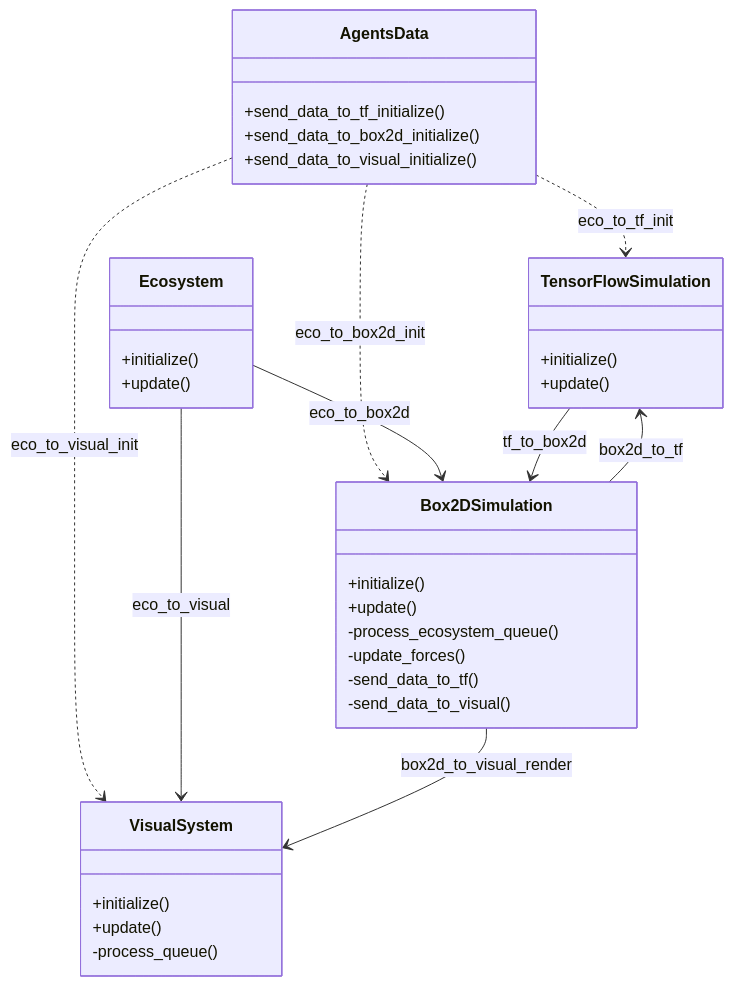
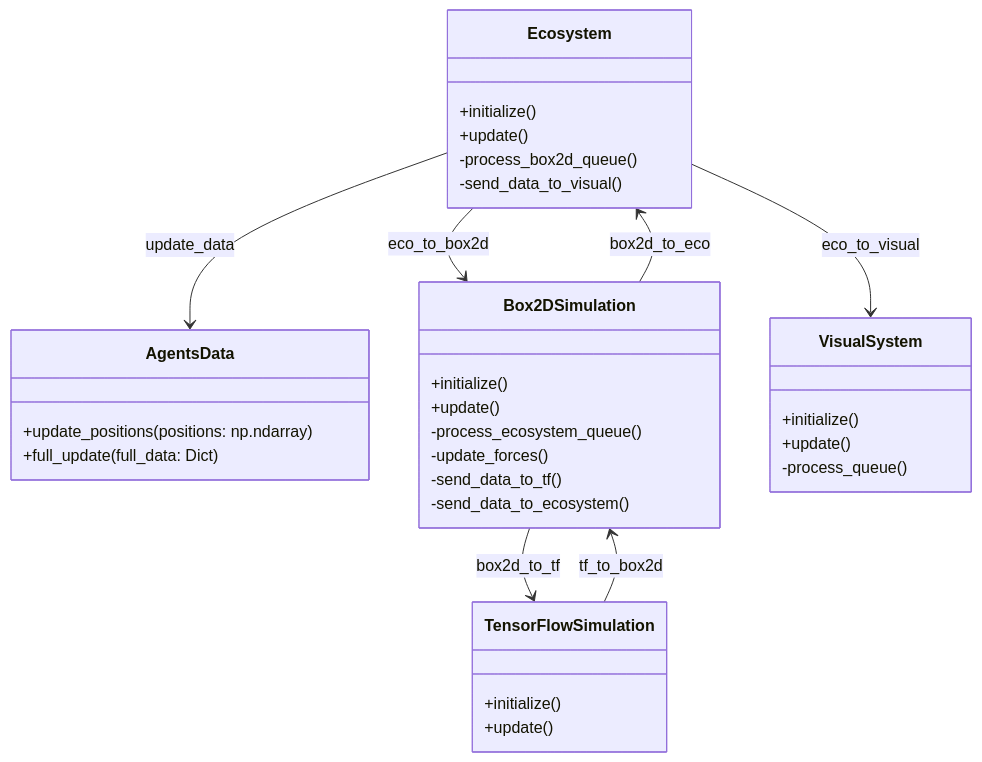
One commit to sw-sw-sw/yaorozu3b changed the diagram in CLASS/class_queue.md. Above: the diagram before and after it, drawn with Mermaid. The commit also changed 4 other files, not shown here.

````diff
--- a/CLASS/class_queue.md
+++ b/CLASS/class_queue.md
@@ -1,42 +1,41 @@
 ```mermaid
 classDiagram
     class AgentsData {
-        +send_data_to_tf_initialize()
-        +send_data_to_box2d_initialize()
-        +send_data_to_visual_initialize()
+        +update_positions(positions: np.ndarray)
+        +full_update(full_data: Dict)
     }
 
     class Ecosystem {
         +initialize()
         +update()
+        -process_box2d_queue()
+        -send_data_to_visual()
     }
 
     class TensorFlowSimulation {
         +initialize()
         +update()
     }
 
     class Box2DSimulation {
         +initialize()
         +update()
         -process_ecosystem_queue()
         -update_forces()
         -send_data_to_tf()
-        -send_data_to_visual()
+        -send_data_to_ecosystem()
     }
 
     class VisualSystem {
         +initialize()
         +update()
         -process_queue()
     }
 
-    AgentsData ..> TensorFlowSimulation : eco_to_tf_init
-    AgentsData ..> Box2DSimulation : eco_to_box2d_init
-    AgentsData ..> VisualSystem : eco_to_visual_init
     Ecosystem --> Box2DSimulation : eco_to_box2d
     Ecosystem --> VisualSystem : eco_to_visual
     TensorFlowSimulation --> Box2DSimulation : tf_to_box2d
     Box2DSimulation --> TensorFlowSimulation : box2d_to_tf
-    Box2DSimulation --> VisualSystem : box2d_to_visual_render
+    Box2DSimulation --> Ecosystem : box2d_to_eco
+    Ecosystem --> AgentsData : update_data
 ```
````
